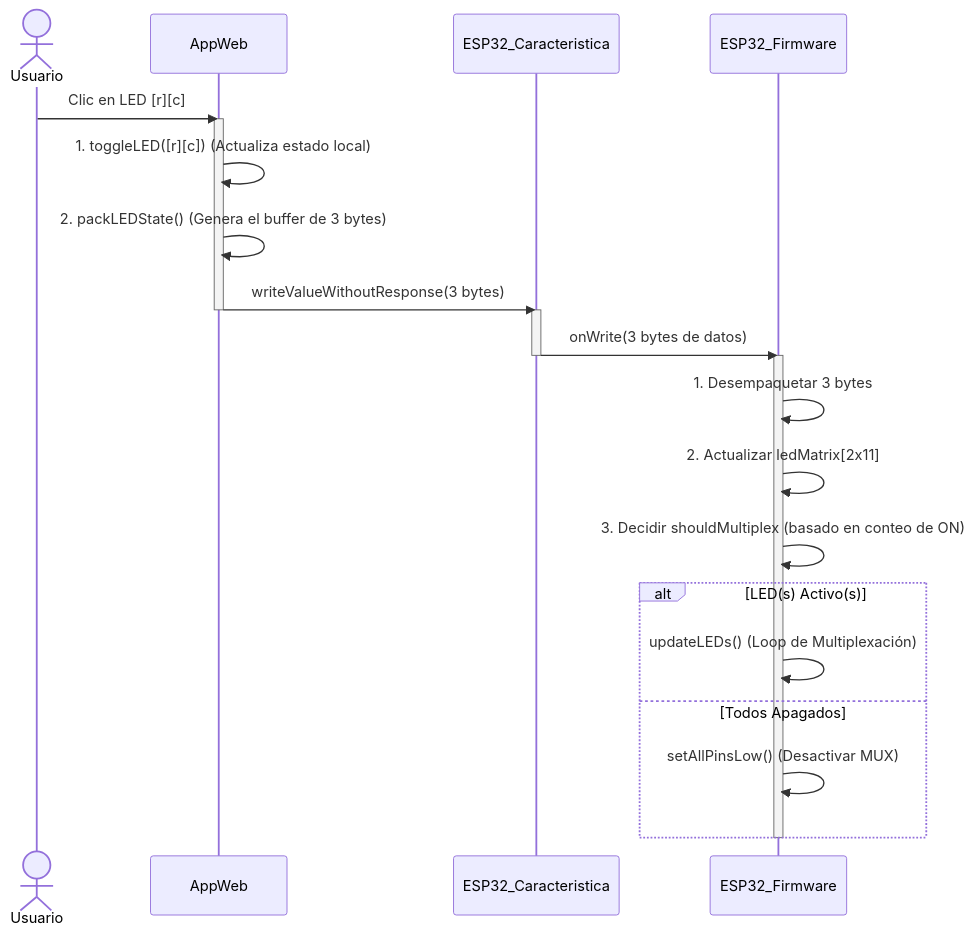
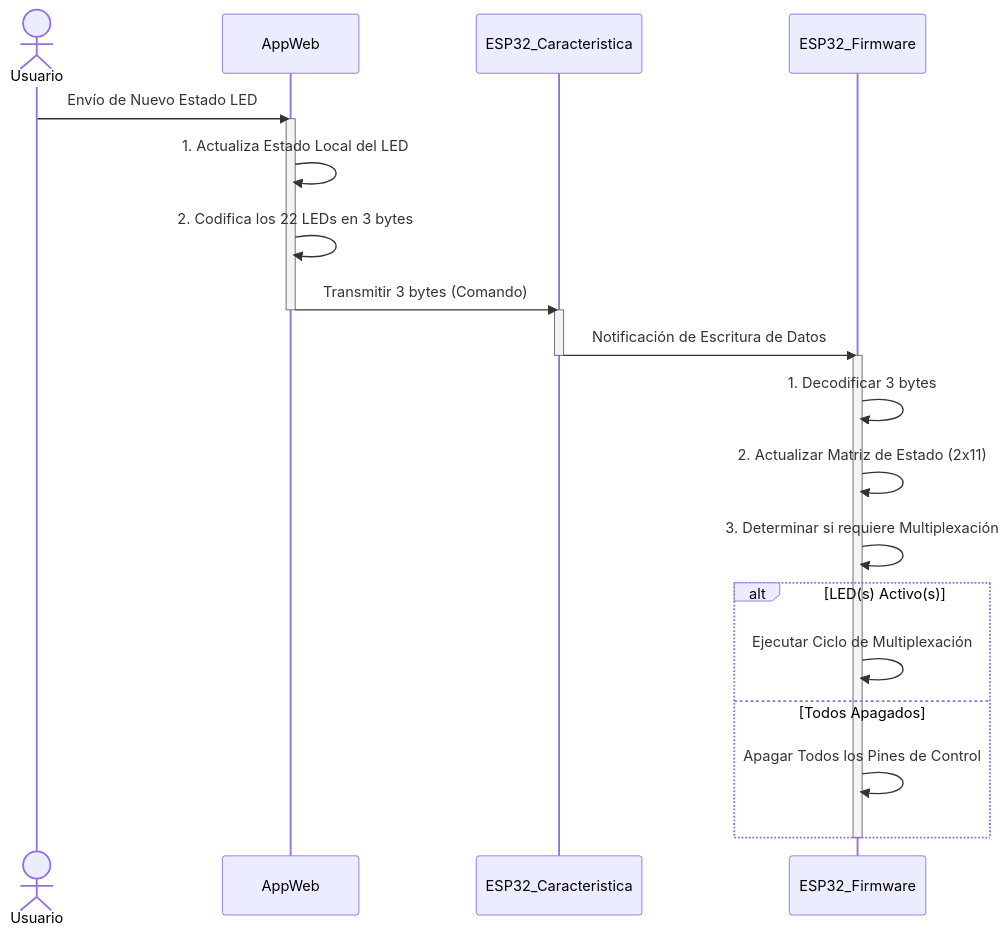
The diagram in Diagramas/Diagrama_secuencia.mmd (proyectoitsv/2025_SolarWAY), drawn with Mermaid before and after one commit.

```diff
--- a/Diagramas/Diagrama_secuencia.mmd
+++ b/Diagramas/Diagrama_secuencia.mmd
@@ -1,30 +1,30 @@
 sequenceDiagram
     actor Usuario
     participant AppWeb
     participant ESP32_Caracteristica
     participant ESP32_Firmware
     
-    Usuario->>AppWeb: Clic en LED [r][c]
+    Usuario->>AppWeb: Envío de Nuevo Estado LED
     
     activate AppWeb
-    AppWeb->>AppWeb: 1. toggleLED([r][c]) (Actualiza estado local)
-    AppWeb->>AppWeb: 2. packLEDState() (Genera el buffer de 3 bytes)
+    AppWeb->>AppWeb: 1. Actualiza Estado Local del LED
+    AppWeb->>AppWeb: 2. Codifica los 22 LEDs en 3 bytes
     
-    AppWeb->>ESP32_Caracteristica: writeValueWithoutResponse(3 bytes)
+    AppWeb->>ESP32_Caracteristica: Transmitir 3 bytes (Comando)
     deactivate AppWeb
     
     activate ESP32_Caracteristica
-    ESP32_Caracteristica->>ESP32_Firmware: onWrite(3 bytes de datos)
+    ESP32_Caracteristica->>ESP32_Firmware: Notificación de Escritura de Datos
     deactivate ESP32_Caracteristica
     
     activate ESP32_Firmware
-    ESP32_Firmware->>ESP32_Firmware: 1. Desempaquetar 3 bytes
-    ESP32_Firmware->>ESP32_Firmware: 2. Actualizar ledMatrix[2x11]
-    ESP32_Firmware->>ESP32_Firmware: 3. Decidir shouldMultiplex (basado en conteo de ON)
+    ESP32_Firmware->>ESP32_Firmware: 1. Decodificar 3 bytes
+    ESP32_Firmware->>ESP32_Firmware: 2. Actualizar Matriz de Estado (2x11)
+    ESP32_Firmware->>ESP32_Firmware: 3. Determinar si requiere Multiplexación
     
     alt LED(s) Activo(s)
-        ESP32_Firmware->>ESP32_Firmware: updateLEDs() (Loop de Multiplexación)
+        ESP32_Firmware->>ESP32_Firmware: Ejecutar Ciclo de Multiplexación
     else Todos Apagados
-        ESP32_Firmware->>ESP32_Firmware: setAllPinsLow() (Desactivar MUX)
+        ESP32_Firmware->>ESP32_Firmware: Apagar Todos los Pines de Control
     end
     deactivate ESP32_Firmware
```
